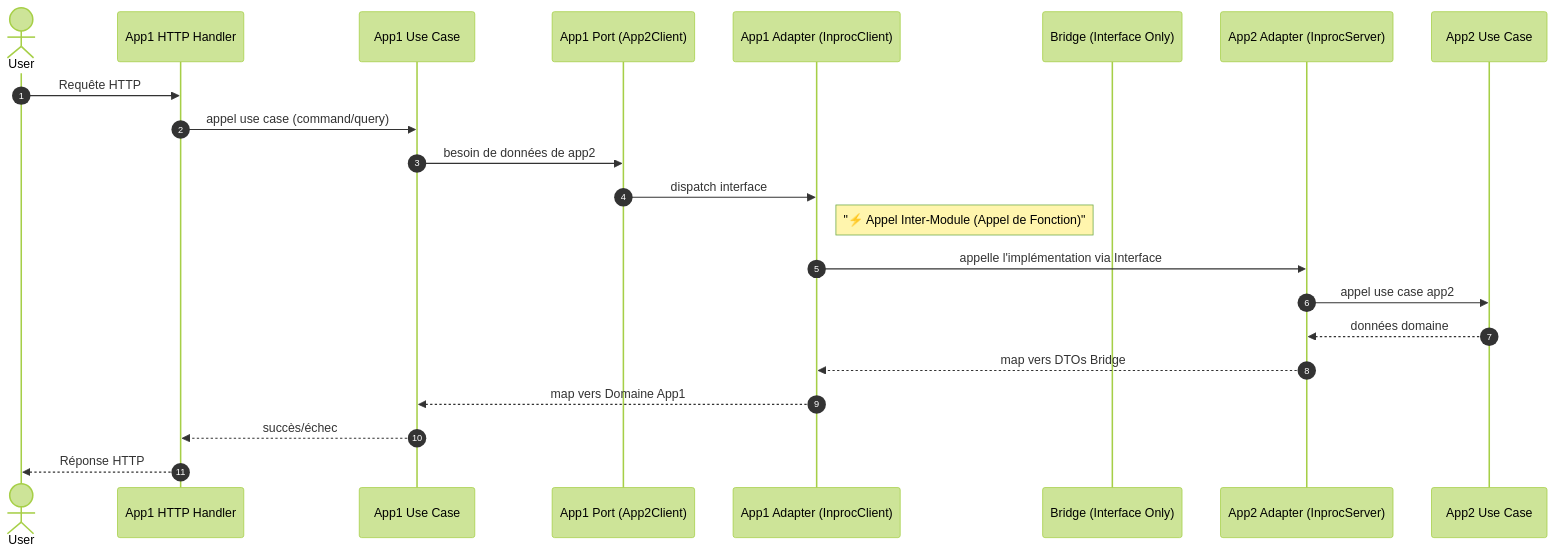
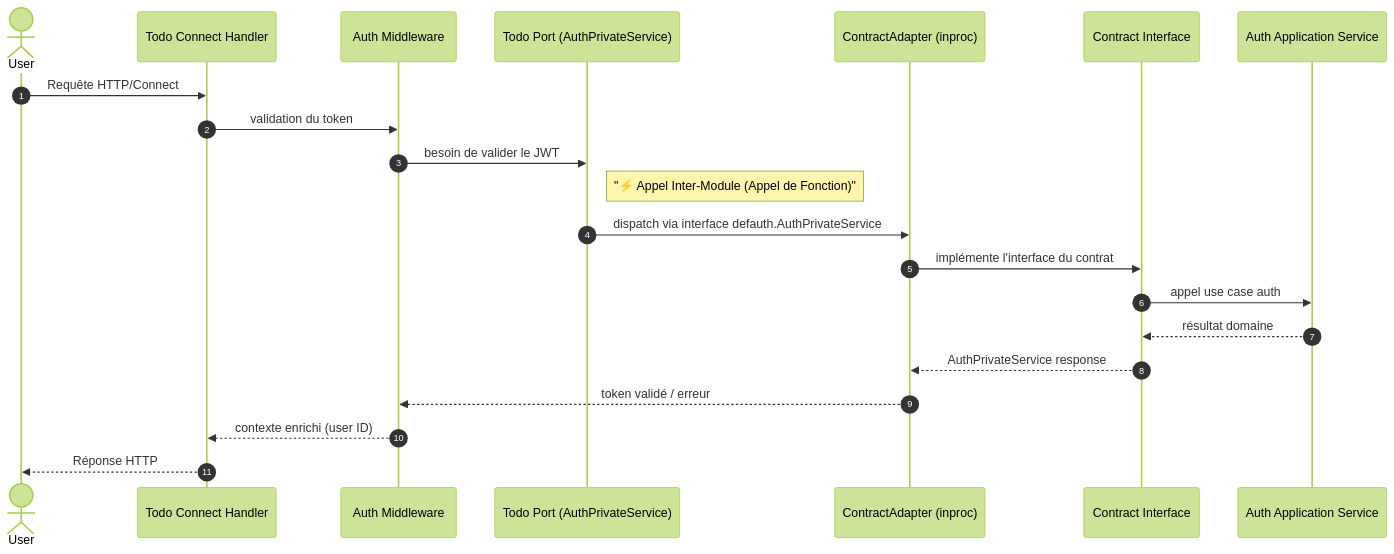
The diagram in hexo/source/_posts/fr/innovative-go-modular-monolith-architecture.md (pivaldi/blog.piprime.fr), drawn with Mermaid (forest theme) before and after one commit. The commit also changed other lines of this file and 3 other files, not shown here.

Commit message:
innovative-go-modular-monolith-architecture

````diff
--- a/hexo/source/_posts/fr/innovative-go-modular-monolith-architecture.md
+++ b/hexo/source/_posts/fr/innovative-go-modular-monolith-architecture.md
@@ -65,27 +75,26 @@
 ```mermaid
 sequenceDiagram
     autonumber
     actor User
-    participant H1 as App1 HTTP Handler
-    participant U1 as App1 Use Case
-    participant P  as App1 Port (App2Client)
-    participant I  as App1 Adapter (InprocClient)
-    participant B  as Bridge (Interface Only)
-    participant S2 as App2 Adapter (InprocServer)
-    participant U2 as App2 Use Case
+    participant H as Todo Connect Handler
+    participant M as Auth Middleware
+    participant P  as Todo Port (AuthPrivateService)
+    participant I  as ContractAdapter (inproc)
+    participant C  as Contract Interface
+    participant S  as Auth Application Service
 
-    User->>H1: Requête HTTP
-    H1->>U1: appel use case (command/query)
-    U1->>P: besoin de données de app2
-    P->>I: dispatch interface
+    User->>H: Requête HTTP/Connect
+    H->>M: validation du token
+    M->>P: besoin de valider le JWT
 
-    note right of I: "⚡ Appel Inter-Module (Appel de Fonction)"
+    note right of P: "⚡ Appel Inter-Module (Appel de Fonction)"
 
-    I->>S2: appelle l'implémentation via Interface
-    S2->>U2: appel use case app2
-    U2-->>S2: données domaine
-    S2-->>I: map vers DTOs Bridge
-    I-->>U1: map vers Domaine App1
-    U1-->>H1: succès/échec
-    H1-->>User: Réponse HTTP
+    P->>I: dispatch via interface defauth.AuthPrivateService
+    I->>C: implémente l'interface du contrat
+    C->>S: appel use case auth
+    S-->>C: résultat domaine
+    C-->>I: AuthPrivateService response
+    I-->>M: token validé / erreur
+    M-->>H: contexte enrichi (user ID)
+    H-->>User: Réponse HTTP
 ```
````
